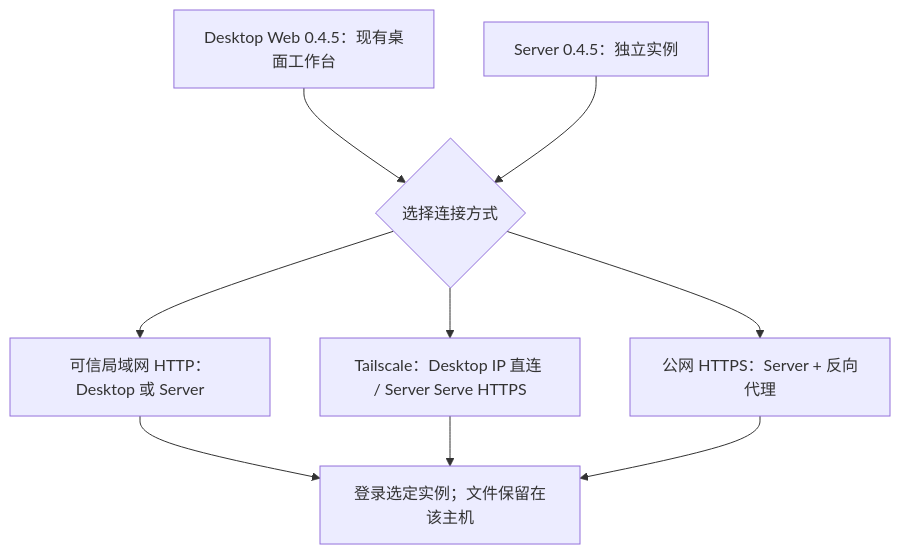
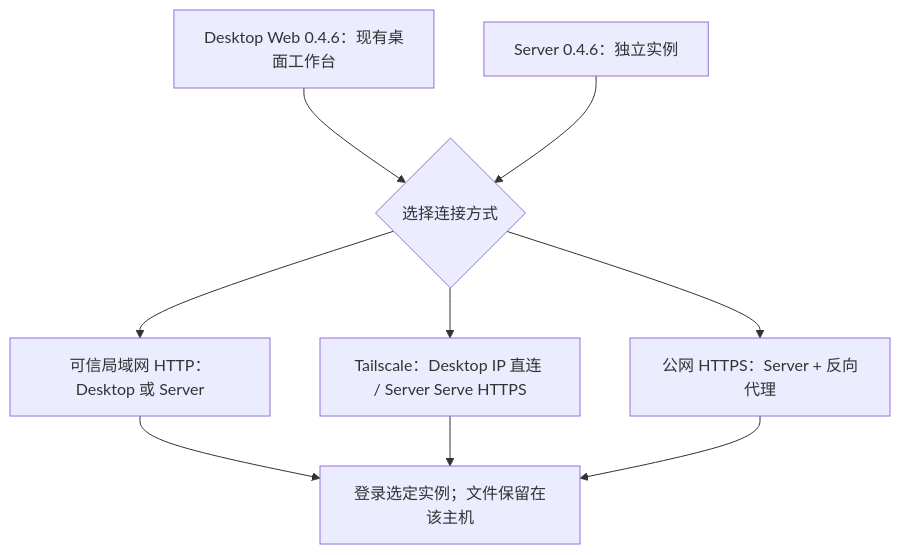
One commit to 1443205008/rovai-ai changed the diagram in website/site/public/assets/diagrams/deployment-choice-zh.mmd. Above: the diagram before and after it, drawn with Mermaid. The commit also changed 11 other files, not shown here.

```diff
--- a/website/site/public/assets/diagrams/deployment-choice-zh.mmd
+++ b/website/site/public/assets/diagrams/deployment-choice-zh.mmd
@@ -1,12 +1,12 @@
 flowchart TB
-  desktop["Desktop Web 0.4.5：现有桌面工作台"]
-  server["Server 0.4.5：独立实例"]
+  desktop["Desktop Web 0.4.6：现有桌面工作台"]
+  server["Server 0.4.6：独立实例"]
   choice{"选择连接方式"}
   desktop --> choice
   server --> choice
   choice --> lan["可信局域网 HTTP：Desktop 或 Server"]
   choice --> ts["Tailscale：Desktop IP 直连 / Server Serve HTTPS"]
   choice --> public["公网 HTTPS：Server + 反向代理"]
   lan --> login["登录选定实例；文件保留在该主机"]
   ts --> login
   public --> login
```
